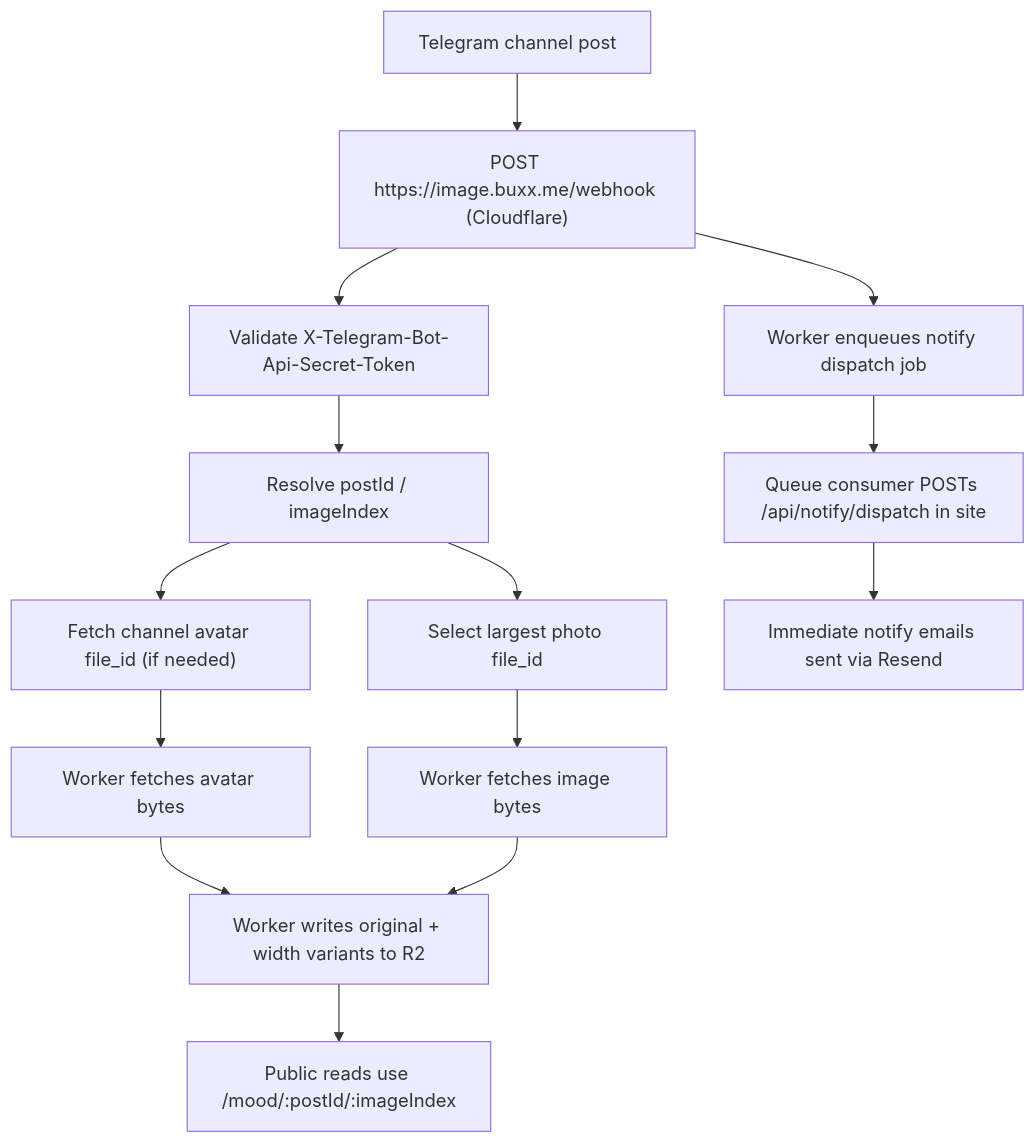
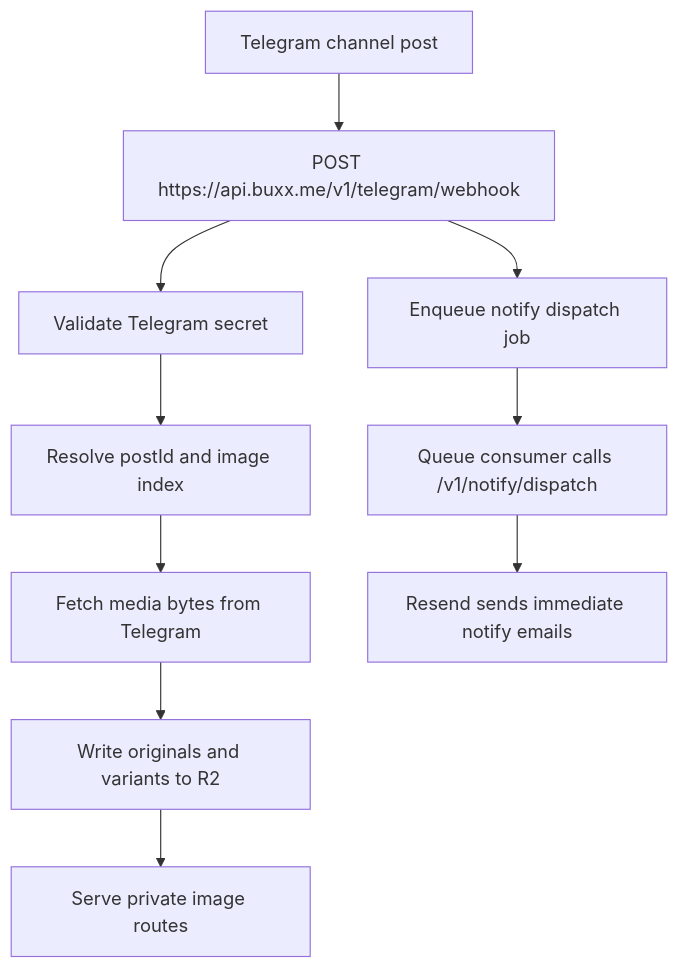
One commit to bunizao/site changed the diagram in src/content/docs/docs/pipeline/telegram.md. Above: the diagram before and after it, drawn with Mermaid. The commit also changed other lines of this file and 110 other files, not shown here.

Commit message:
refactor: proxy private API surfaces

````diff
--- a/src/content/docs/docs/pipeline/telegram.md
+++ b/src/content/docs/docs/pipeline/telegram.md
@@ -11,16 +11,12 @@
 ```mermaid
 flowchart TD
-  A["Telegram channel post"] --> B["POST https://image.buxx.me/webhook (Cloudflare)"]
-  B --> C["Validate X-Telegram-Bot-Api-Secret-Token"]
-  C --> D["Resolve postId / imageIndex"]
-  D --> E["Fetch channel avatar file_id (if needed)"]
-  D --> F["Select largest photo file_id"]
-  E --> G["Worker fetches avatar bytes"]
-  F --> H["Worker fetches image bytes"]
-  G --> I["Worker writes original + width variants to R2"]
-  H --> I
-  I --> J["Public reads use /mood/:postId/:imageIndex"]
-  B --> K["Worker enqueues notify dispatch job"]
-  K --> L["Queue consumer POSTs /api/notify/dispatch in site"]
-  L --> M["Immediate notify emails sent via Resend"]
+  A["Telegram channel post"] --> B["POST https://api.buxx.me/v1/telegram/webhook"]
+  B --> C["Validate Telegram secret"]
+  C --> D["Resolve postId and image index"]
+  D --> E["Fetch media bytes from Telegram"]
+  E --> F["Write originals and variants to R2"]
+  F --> G["Serve private image routes"]
+  B --> H["Enqueue notify dispatch job"]
+  H --> I["Queue consumer calls /v1/notify/dispatch"]
+  I --> J["Resend sends immediate notify emails"]
 ```
````
